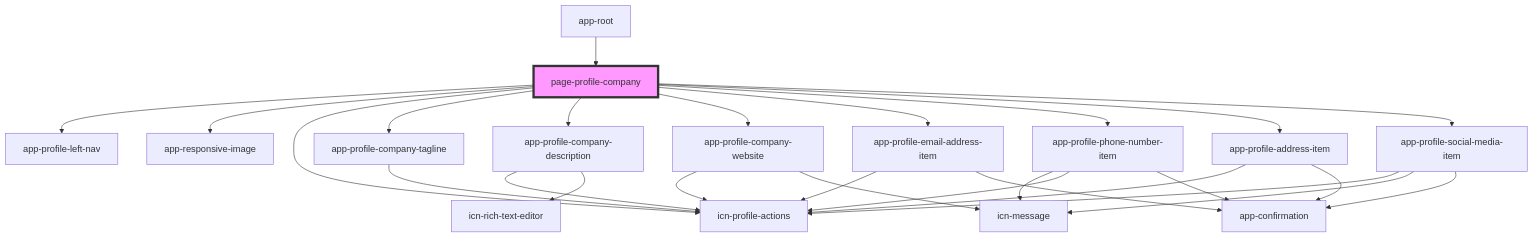
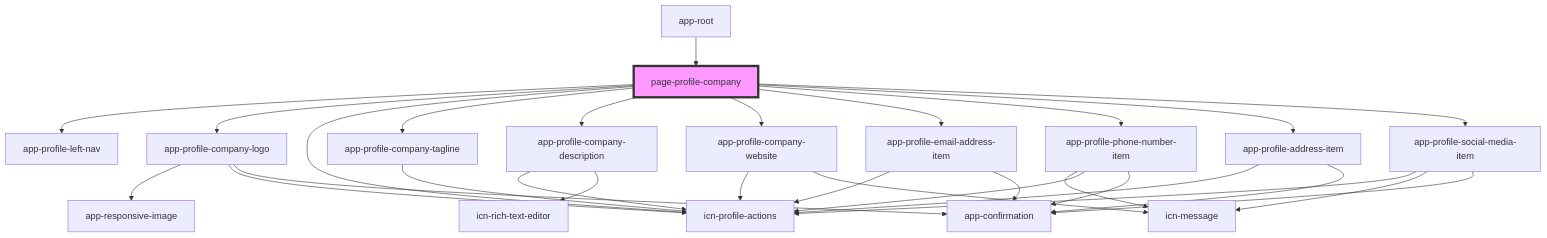
One commit to lokheed/IconEventNetwork.Web changed the diagram in iconeventnetwork-web/src/components/pages/page-profile-company/readme.md. Above: the diagram before and after it, drawn with Mermaid. The commit also changed other lines of this file and 12 other files, not shown here.

Commit message:
US539 T696 company logo first pass

````diff
--- a/iconeventnetwork-web/src/components/pages/page-profile-company/readme.md
+++ b/iconeventnetwork-web/src/components/pages/page-profile-company/readme.md
@@ -35,30 +35,33 @@
 ```mermaid
 graph TD;
   page-profile-company --> app-profile-left-nav
-  page-profile-company --> app-responsive-image
+  page-profile-company --> app-profile-company-logo
   page-profile-company --> icn-profile-actions
   page-profile-company --> app-profile-company-tagline
   page-profile-company --> app-profile-company-description
   page-profile-company --> app-profile-company-website
   page-profile-company --> app-profile-email-address-item
   page-profile-company --> app-profile-phone-number-item
   page-profile-company --> app-profile-address-item
   page-profile-company --> app-profile-social-media-item
+  app-profile-company-logo --> app-responsive-image
+  app-profile-company-logo --> icn-profile-actions
+  app-profile-company-logo --> app-confirmation
   app-profile-company-tagline --> icn-profile-actions
   app-profile-company-description --> icn-profile-actions
   app-profile-company-description --> icn-rich-text-editor
   app-profile-company-website --> icn-profile-actions
   app-profile-company-website --> icn-message
   app-profile-email-address-item --> icn-profile-actions
   app-profile-email-address-item --> app-confirmation
   app-profile-phone-number-item --> icn-message
   app-profile-phone-number-item --> icn-profile-actions
   app-profile-phone-number-item --> app-confirmation
   app-profile-address-item --> icn-profile-actions
   app-profile-address-item --> app-confirmation
   app-profile-social-media-item --> icn-profile-actions
   app-profile-social-media-item --> icn-message
   app-profile-social-media-item --> app-confirmation
   app-root --> page-profile-company
   style page-profile-company fill:#f9f,stroke:#333,stroke-width:4px
 ```
````
